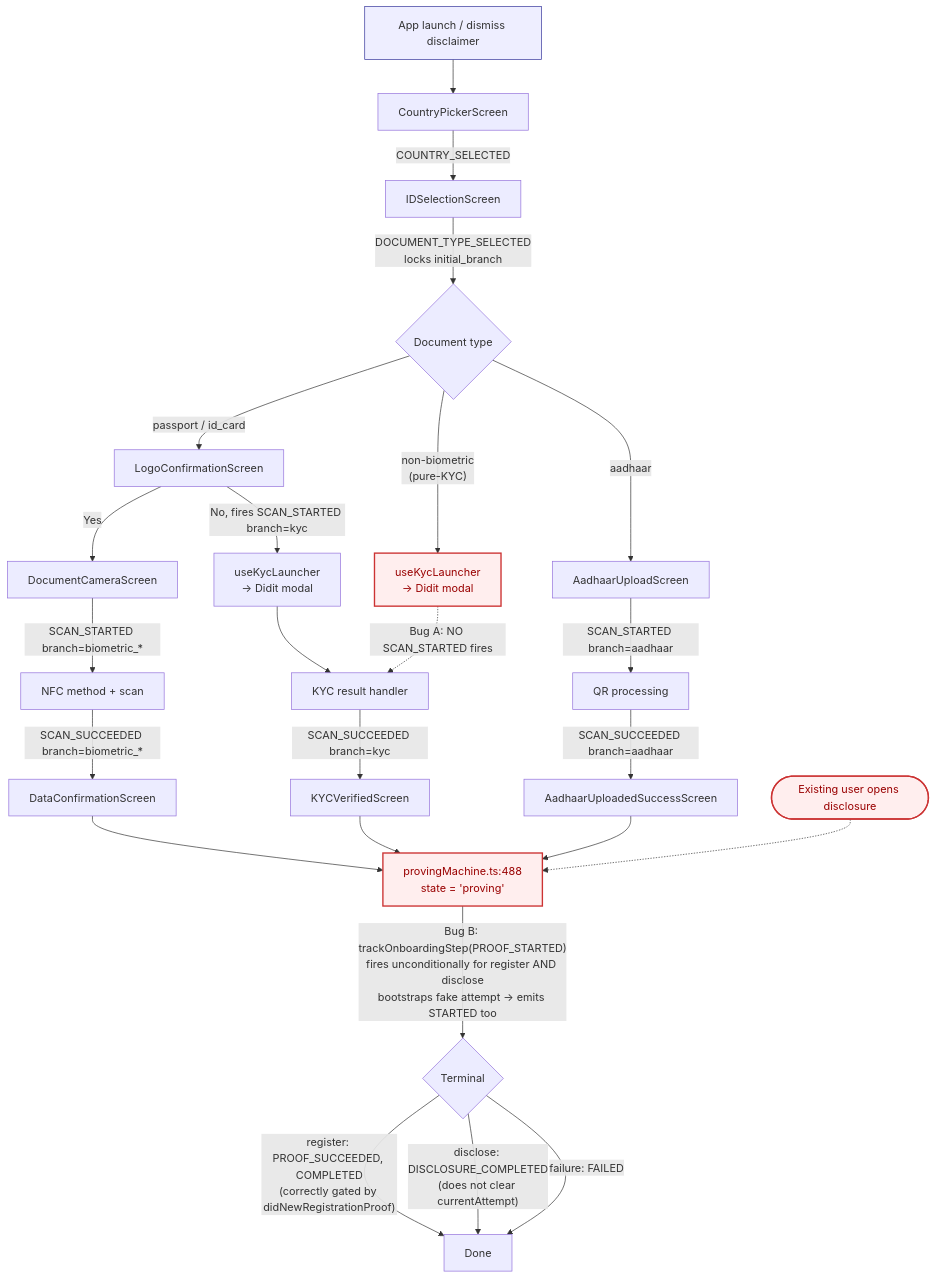
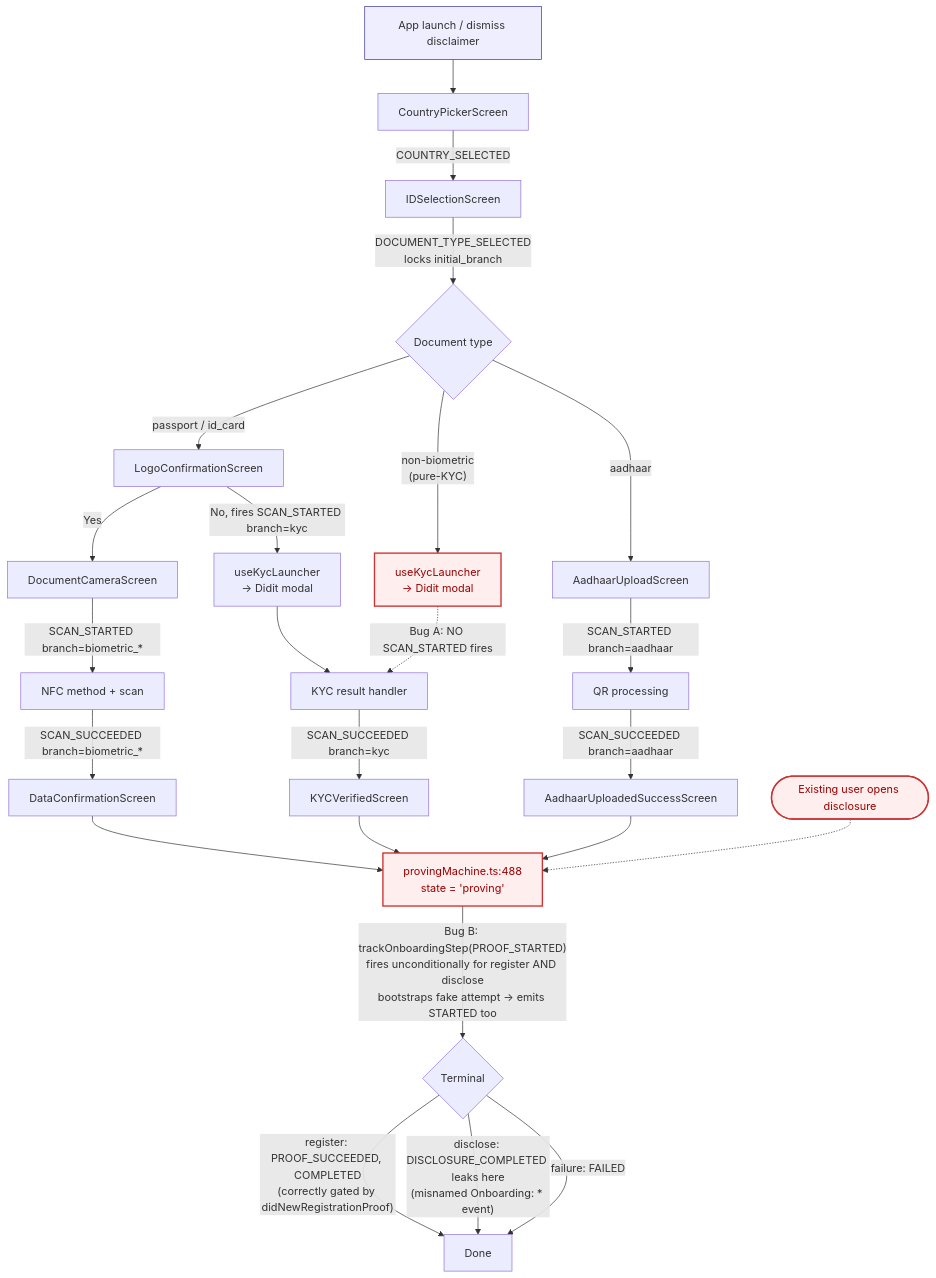
One commit to selfxyz/self changed the first of 3 diagrams in specs/projects/sdk/workstreams/analytics/plans/ANA-11-canonical-funnel-bug-fixes.md. Above: the diagram before and after it, drawn with Mermaid. The commit also changed other lines of this file and 3 other files, not shown here.

First line of the commit message:
refactor(analytics): remove Onboarding: Disclosure Completed

````diff
--- a/specs/projects/sdk/workstreams/analytics/plans/ANA-11-canonical-funnel-bug-fixes.md
+++ b/specs/projects/sdk/workstreams/analytics/plans/ANA-11-canonical-funnel-bug-fixes.md
@@ -72,41 +72,41 @@
 ```mermaid
 flowchart TD
     A[App launch / dismiss disclaimer]
     A --> B[CountryPickerScreen]
     B -->|COUNTRY_SELECTED| C[IDSelectionScreen]
     C -->|"DOCUMENT_TYPE_SELECTED<br/>locks initial_branch"| D{Document type}
 
     D -->|passport / id_card| E[LogoConfirmationScreen]
     D -->|"non-biometric<br/>(pure-KYC)"| K1["useKycLauncher<br/>→ Didit modal"]
     D -->|aadhaar| AA[AadhaarUploadScreen]
 
     E -->|"Yes"| F[DocumentCameraScreen]
     E -->|"No, fires SCAN_STARTED branch=kyc"| K2["useKycLauncher<br/>→ Didit modal"]
 
     F -->|"SCAN_STARTED branch=biometric_*"| G[NFC method + scan]
     G -->|"SCAN_SUCCEEDED branch=biometric_*"| H[DataConfirmationScreen]
 
     K1 -.->|"Bug A: NO SCAN_STARTED fires"| KR[KYC result handler]
     K2 --> KR
     KR -->|"SCAN_SUCCEEDED branch=kyc"| KV[KYCVerifiedScreen]
 
     AA -->|"SCAN_STARTED branch=aadhaar"| AP[QR processing]
     AP -->|"SCAN_SUCCEEDED branch=aadhaar"| AS[AadhaarUploadedSuccessScreen]
 
     H --> P["provingMachine.ts:488<br/>state = 'proving'"]
     KV --> P
     AS --> P
     DX([Existing user opens disclosure]) -.-> P
 
     P -->|"Bug B: trackOnboardingStep(PROOF_STARTED)<br/>fires unconditionally for register AND disclose<br/>bootstraps fake attempt → emits STARTED too"| T{Terminal}
     T -->|"register: PROOF_SUCCEEDED, COMPLETED<br/>(correctly gated by didNewRegistrationProof)"| Z[Done]
-    T -->|"disclose: DISCLOSURE_COMPLETED<br/>(does not clear currentAttempt)"| Z
+    T -->|"disclose: DISCLOSURE_COMPLETED leaks here<br/>(misnamed Onboarding: * event)"| Z
     T -->|"failure: FAILED"| Z
 
     A:::start
     K1:::bug
     P:::bug
     DX:::bug
     classDef bug fill:#fee,stroke:#c33,stroke-width:2px,color:#900
     classDef start fill:#eef,stroke:#339,stroke-width:1px
 ```
````
